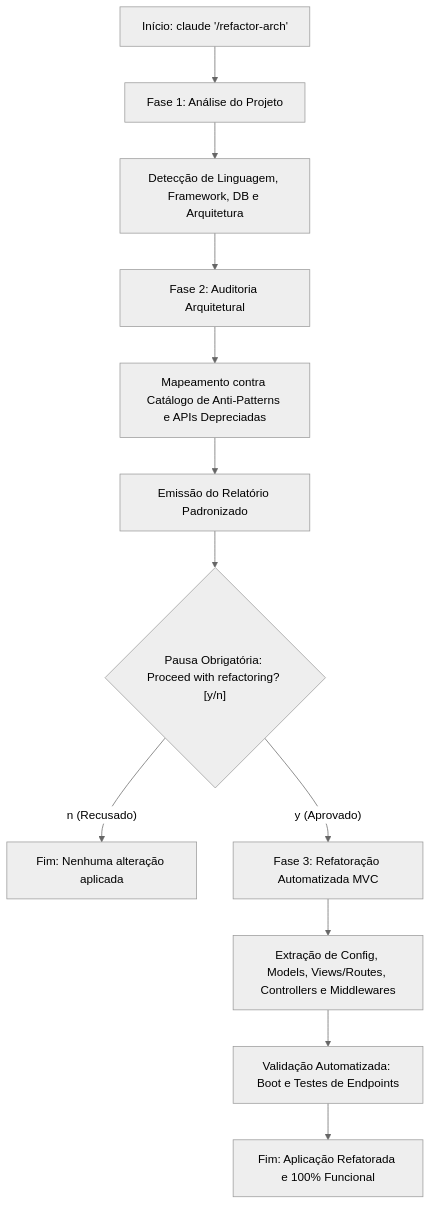
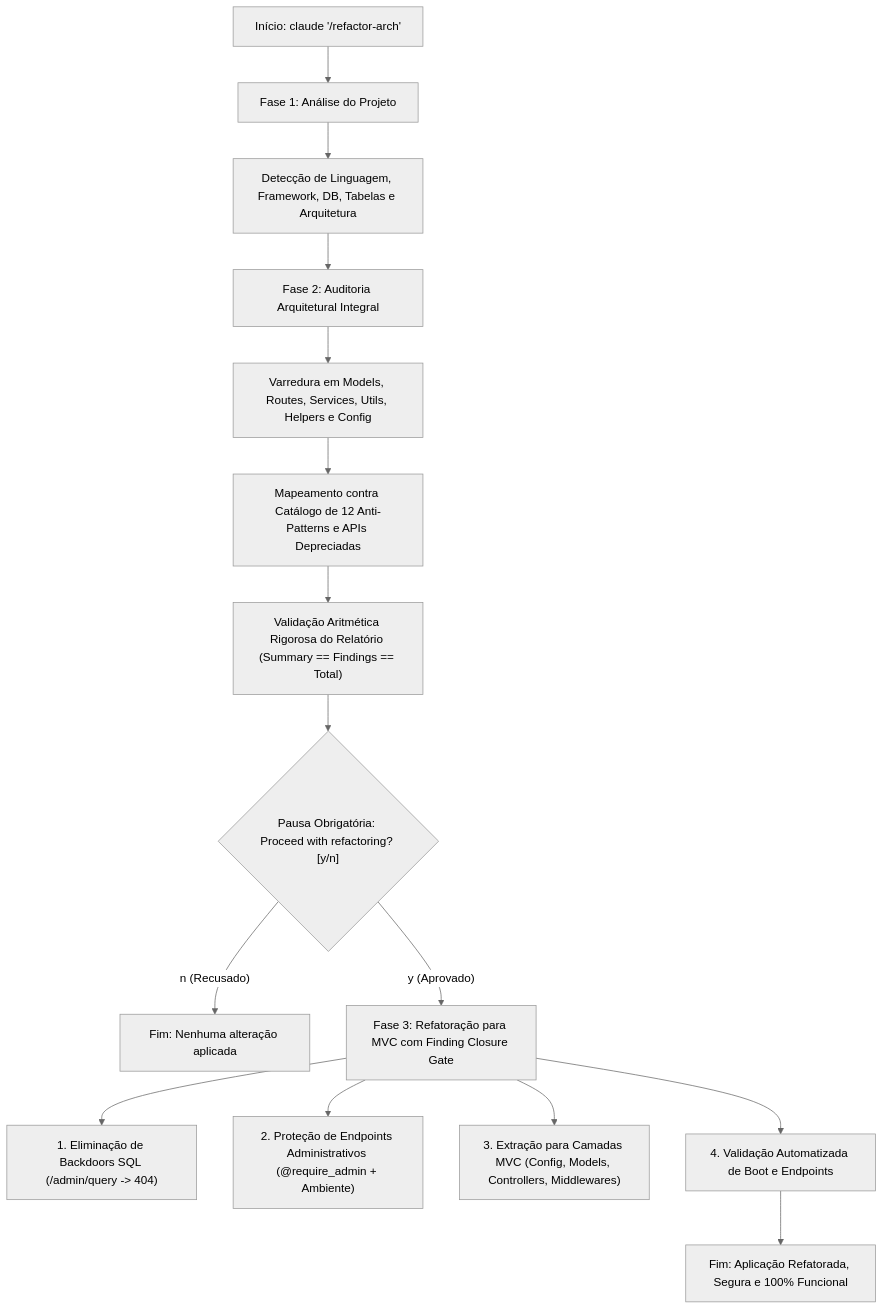
Before and after one commit to jhonatanecardoficial/skill-auditoria-refatoracao-mba: the diagram in README.md, drawn with Mermaid (neutral theme). The commit also changed other lines of this file and 53 other files, not shown here.

Commit message:
fix(audit-refactor): eliminate admin endpoints vulnerabilities, complete manual analysis and achieve full mvc compliance

````diff
--- a/README.md
+++ b/README.md
@@ -156,14 +198,17 @@
 ```mermaid
 flowchart TD
     A["Início: claude '/refactor-arch'"] --> B["Fase 1: Análise do Projeto"]
-    B --> C["Detecção de Linguagem, Framework, DB e Arquitetura"]
-    C --> D["Fase 2: Auditoria Arquitetural"]
-    D --> E["Mapeamento contra Catálogo de Anti-Patterns e APIs Depreciadas"]
-    E --> F["Emissão do Relatório Padronizado"]
-    F --> G{"Pausa Obrigatória: Proceed with refactoring? [y/n]"}
-    G -- "n (Recusado)" --> H["Fim: Nenhuma alteração aplicada"]
-    G -- "y (Aprovado)" --> I["Fase 3: Refatoração Automatizada MVC"]
-    I --> J["Extração de Config, Models, Views/Routes, Controllers e Middlewares"]
-    J --> K["Validação Automatizada: Boot e Testes de Endpoints"]
-    K --> L["Fim: Aplicação Refatorada e 100% Funcional"]
+    B --> C["Detecção de Linguagem, Framework, DB, Tabelas e Arquitetura"]
+    C --> D["Fase 2: Auditoria Arquitetural Integral"]
+    D --> E["Varredura em Models, Routes, Services, Utils, Helpers e Config"]
+    E --> F["Mapeamento contra Catálogo de 12 Anti-Patterns e APIs Depreciadas"]
+    F --> G["Validação Aritmética Rigorosa do Relatório (Summary == Findings == Total)"]
+    G --> H{"Pausa Obrigatória: Proceed with refactoring? [y/n]"}
+    H -- "n (Recusado)" --> I["Fim: Nenhuma alteração aplicada"]
+    H -- "y (Aprovado)" --> J["Fase 3: Refatoração para MVC com Finding Closure Gate"]
+    J --> K["1. Eliminação de Backdoors SQL (/admin/query -> 404)"]
+    J --> L["2. Proteção de Endpoints Administrativos (@require_admin + Ambiente)"]
+    J --> M["3. Extração para Camadas MVC (Config, Models, Controllers, Middlewares)"]
+    J --> N["4. Validação Automatizada de Boot e Endpoints"]
+    N --> O["Fim: Aplicação Refatorada, Segura e 100% Funcional"]
 ```
````
